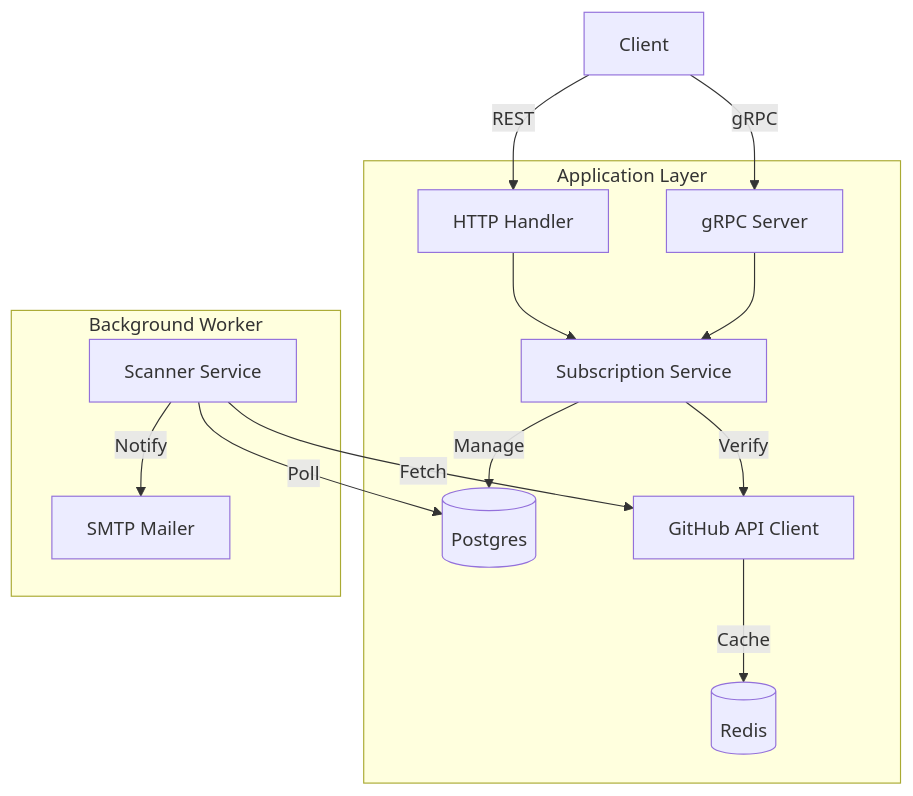
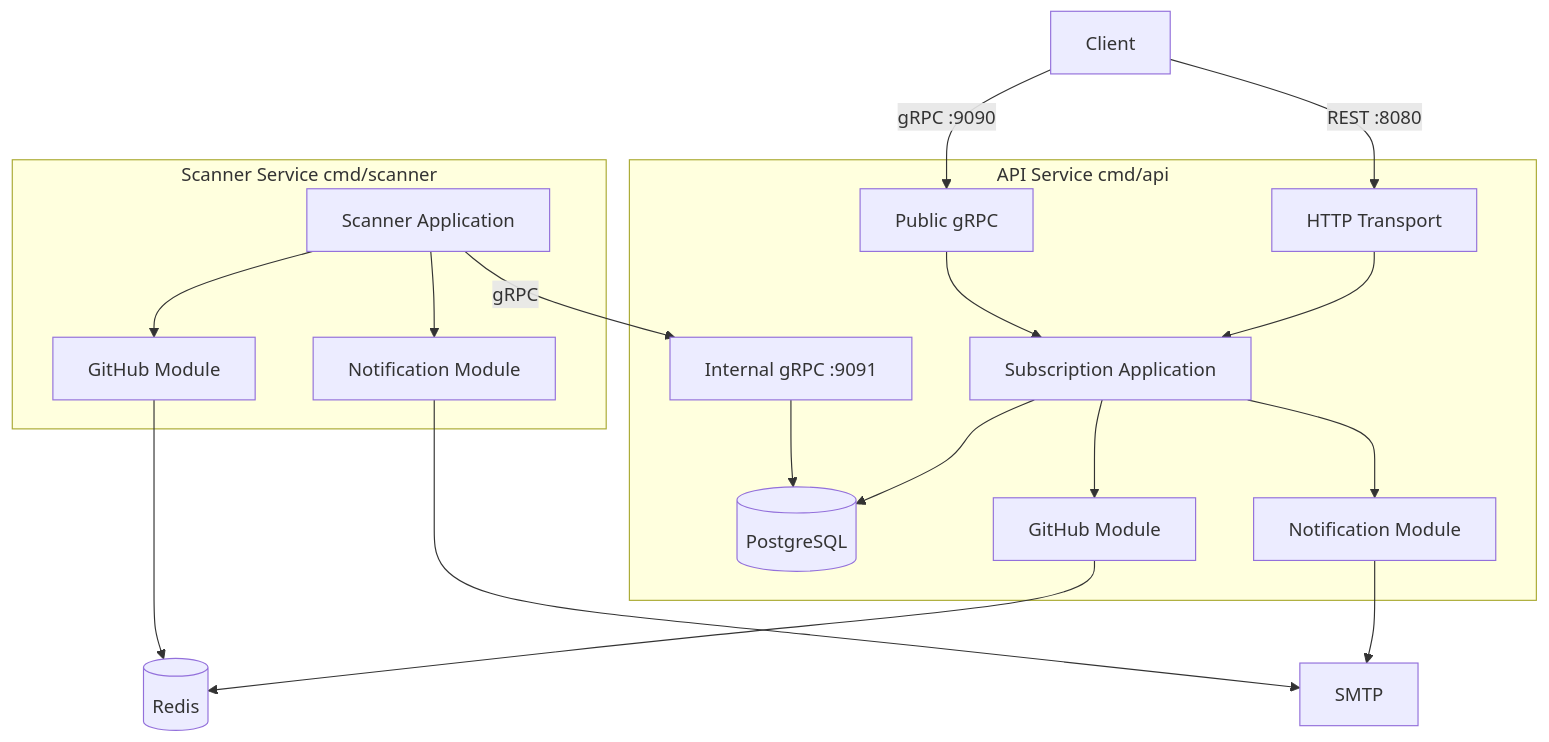
The first of 3 diagrams in docs/architecture.md (GenesisEducationKyiv/software-engineering-school-6-0-RainbowHawk1993), drawn with Mermaid before and after one commit. The commit also changed other lines of this file and 61 other files, not shown here.

Commit message:
feat: implement modular scanner microservice with internal gRPC communication and refactor configuration management

````diff
--- a/docs/architecture.md
+++ b/docs/architecture.md
@@ -38,18 +48,22 @@
 ```mermaid
 graph TD
-    User[Client] -->|REST| HTTP[HTTP Handler]
-    User -->|gRPC| GRPC[gRPC Server]
+    Client[Client] -->|REST :8080| HTTP[HTTP Transport]
+    Client -->|gRPC :9090| PublicGRPC[Public gRPC]
 
-    subgraph "Application Layer"
-        HTTP & GRPC --> Svc[Subscription Service]
-        Svc -->|Manage| Store[(Postgres)]
-        Svc -->|Verify| GH[GitHub API Client]
-        GH -->|Cache| Redis[(Redis)]
+    subgraph apiSvc [API Service cmd/api]
+        HTTP & PublicGRPC --> SubApp[Subscription Application]
+        SubApp --> SubStore[(PostgreSQL)]
+        SubApp --> GHMod[GitHub Module]
+        SubApp --> NotifMod[Notification Module]
+        InternalGRPC[Internal gRPC :9091] --> SubStore
     end
 
-    subgraph "Background Worker"
-        Scanner[Scanner Service] -->|Poll| Store
-        Scanner -->|Fetch| GH
-        Scanner -->|Notify| SMTP[SMTP Mailer]
+    subgraph scannerSvc [Scanner Service cmd/scanner]
+        ScanApp[Scanner Application] -->|gRPC| InternalGRPC
+        ScanApp --> GHMod2[GitHub Module]
+        ScanApp --> NotifMod2[Notification Module]
     end
+
+    GHMod & GHMod2 --> Redis[(Redis)]
+    NotifMod & NotifMod2 --> SMTP[SMTP]
 ```
````
